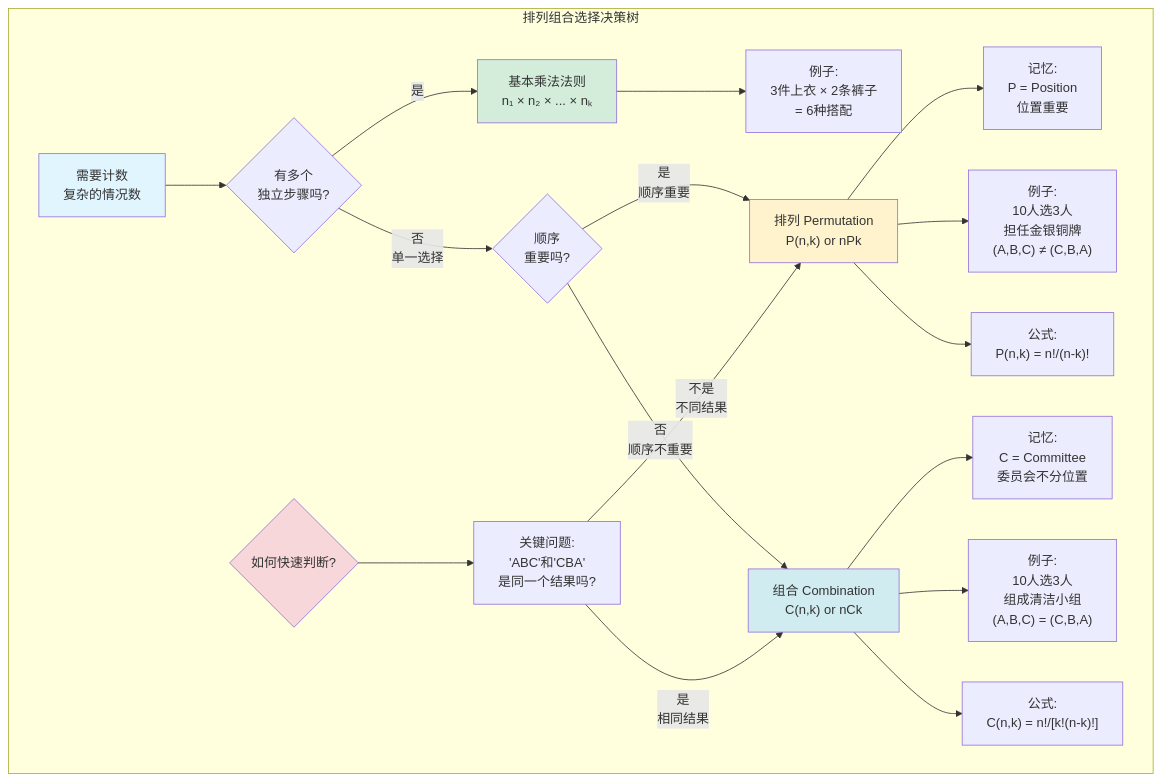
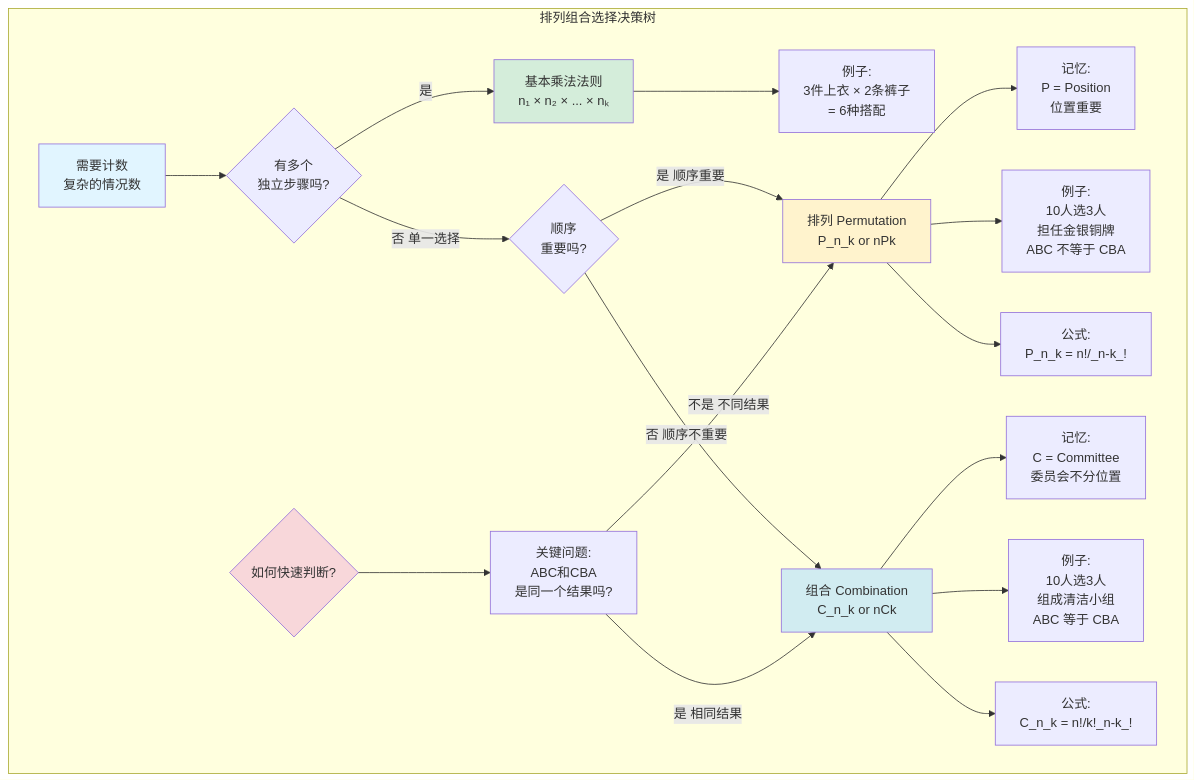
One commit to DISSIDIA-986/Applied-Statistics-Study-Guide changed the fourth of 4 diagrams in chapter-4.md. Above: the diagram before and after it, drawn with Mermaid. The commit also changed other lines of this file, not shown here.

Commit message:
Refactor mermaid diagrams in chapter 4 for clarity and consistency in probability concepts

````diff
--- a/chapter-4.md
+++ b/chapter-4.md
@@ -195,33 +195,33 @@
 ```mermaid
 graph TB
     subgraph "排列组合选择决策树"
     A[需要计数<br/>复杂的情况数] --> B{有多个<br/>独立步骤吗?}
 
-    B -->|是| C["基本乘法法则<br/>n₁ × n₂ × ... × nₖ"]
-    C --> C1["例子:<br/>3件上衣 × 2条裤子<br/>= 6种搭配"]
+    B -->|是| C[基本乘法法则<br/>n₁ × n₂ × ... × nₖ]
+    C --> C1[例子:<br/>3件上衣 × 2条裤子<br/>= 6种搭配]
 
-    B -->|否<br/>单一选择| D{顺序<br/>重要吗?}
+    B -->|否 单一选择| D{顺序<br/>重要吗?}
 
-    D -->|是<br/>顺序重要| E["排列 Permutation<br/>P(n,k) or nPk"]
-    D -->|否<br/>顺序不重要| F["组合 Combination<br/>C(n,k) or nCk"]
+    D -->|是 顺序重要| E[排列 Permutation<br/>P_n_k or nPk]
+    D -->|否 顺序不重要| F[组合 Combination<br/>C_n_k or nCk]
 
-    E --> E1["记忆:<br/>P = Position<br/>位置重要"]
-    E --> E2["例子:<br/>10人选3人<br/>担任金银铜牌<br/>(A,B,C) ≠ (C,B,A)"]
-    E --> E3["公式:<br/>P(n,k) = n!/(n-k)!"]
+    E --> E1[记忆:<br/>P = Position<br/>位置重要]
+    E --> E2[例子:<br/>10人选3人<br/>担任金银铜牌<br/>ABC 不等于 CBA]
+    E --> E3[公式:<br/>P_n_k = n!/_n-k_!]
 
-    F --> F1["记忆:<br/>C = Committee<br/>委员会不分位置"]
-    F --> F2["例子:<br/>10人选3人<br/>组成清洁小组<br/>(A,B,C) = (C,B,A)"]
-    F --> F3["公式:<br/>C(n,k) = n!/[k!(n-k)!]"]
+    F --> F1[记忆:<br/>C = Committee<br/>委员会不分位置]
+    F --> F2[例子:<br/>10人选3人<br/>组成清洁小组<br/>ABC 等于 CBA]
+    F --> F3[公式:<br/>C_n_k = n!/k!_n-k_!]
 
-    G{如何快速判断?} --> H["关键问题:<br/>'ABC'和'CBA'<br/>是同一个结果吗?"]
+    G{如何快速判断?} --> H[关键问题:<br/>ABC和CBA<br/>是同一个结果吗?]
 
-    H -->|不是<br/>不同结果| E
-    H -->|是<br/>相同结果| F
+    H -->|不是 不同结果| E
+    H -->|是 相同结果| F
 
     style A fill:#e1f5ff
     style C fill:#d4edda
     style E fill:#fff3cd
     style F fill:#d1ecf1
     style G fill:#f8d7da
     end
 ```
````
